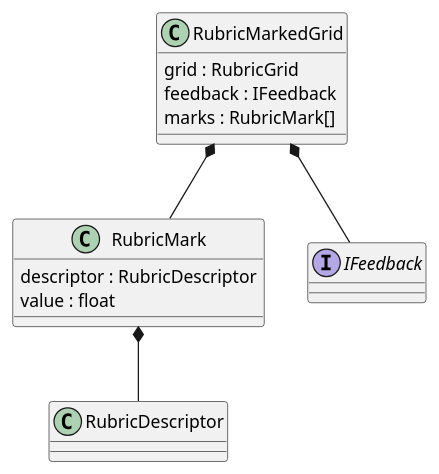
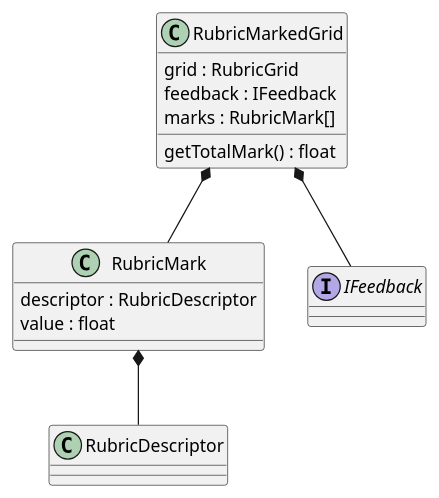
Before and after one commit to juliaattrevisan/schoolbox-api-docs: the fourth of 4 diagrams in library/Schoolbox/Assessment/Component/SubmissionBox/Rubric/Rubric.plantuml, drawn with PlantUML. The commit also changed other lines of this file, not shown here.

```diff
--- a/library/Schoolbox/Assessment/Component/SubmissionBox/Rubric/Rubric.plantuml
+++ b/library/Schoolbox/Assessment/Component/SubmissionBox/Rubric/Rubric.plantuml
@@ -73,18 +84,19 @@
 @startuml
 class RubricMarkedGrid {
     grid : RubricGrid
     feedback : IFeedback
     marks : RubricMark[]
+    getTotalMark() : float
 }
 
 class RubricMark {
     descriptor : RubricDescriptor
     value : float
 }
 
 interface IFeedback
 
 RubricMarkedGrid *-- IFeedback
 RubricMarkedGrid *-- RubricMark
 RubricMark *-- RubricDescriptor
 @enduml
```
